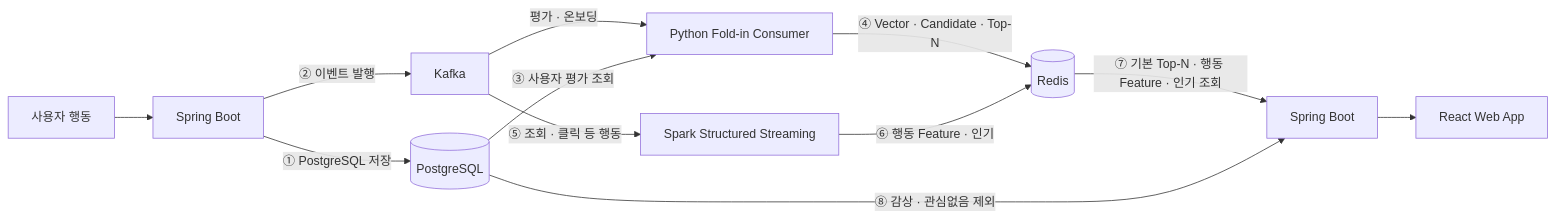
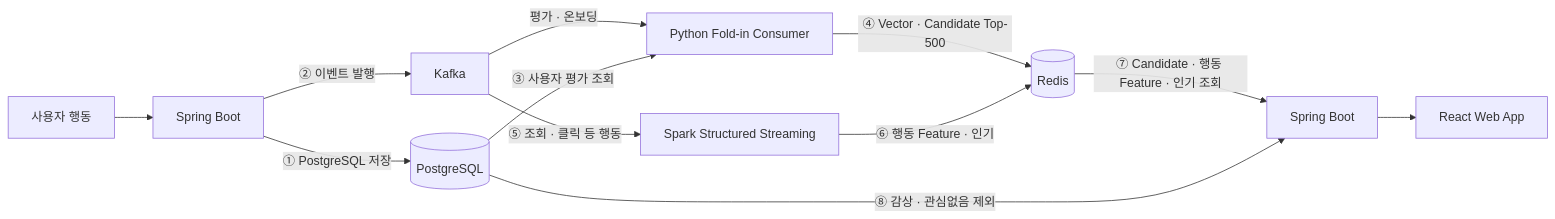
One commit to koongya-studio/feelm changed the diagram in docs/api/streaming-contract.md. Above: the diagram before and after it, drawn with Mermaid. The commit also changed other lines of this file and 45 other files, not shown here.

````diff
--- a/docs/api/streaming-contract.md
+++ b/docs/api/streaming-contract.md
@@ -14,14 +14,14 @@
 ```mermaid
 flowchart LR
     U["사용자 행동"] --> BE1["Spring Boot"]
     BE1 -->|"① PostgreSQL 저장"| PG[("PostgreSQL")]
     BE1 -->|"② 이벤트 발행"| KF["Kafka"]
     KF -->|"평가 · 온보딩"| PC["Python Fold-in Consumer"]
     PG -->|"③ 사용자 평가 조회"| PC
-    PC -->|"④ Vector · Candidate · Top-N"| RD[("Redis")]
+    PC -->|"④ Vector · Candidate Top-500"| RD[("Redis")]
     KF -->|"⑤ 조회 · 클릭 등 행동"| SS["Spark Structured Streaming"]
     SS -->|"⑥ 행동 Feature · 인기"| RD
-    RD -->|"⑦ 기본 Top-N · 행동 Feature · 인기 조회"| BE2["Spring Boot"]
+    RD -->|"⑦ Candidate · 행동 Feature · 인기 조회"| BE2["Spring Boot"]
     PG -->|"⑧ 감상 · 관심없음 제외"| BE2
     BE2 --> FE["React Web App"]
 ```
````
